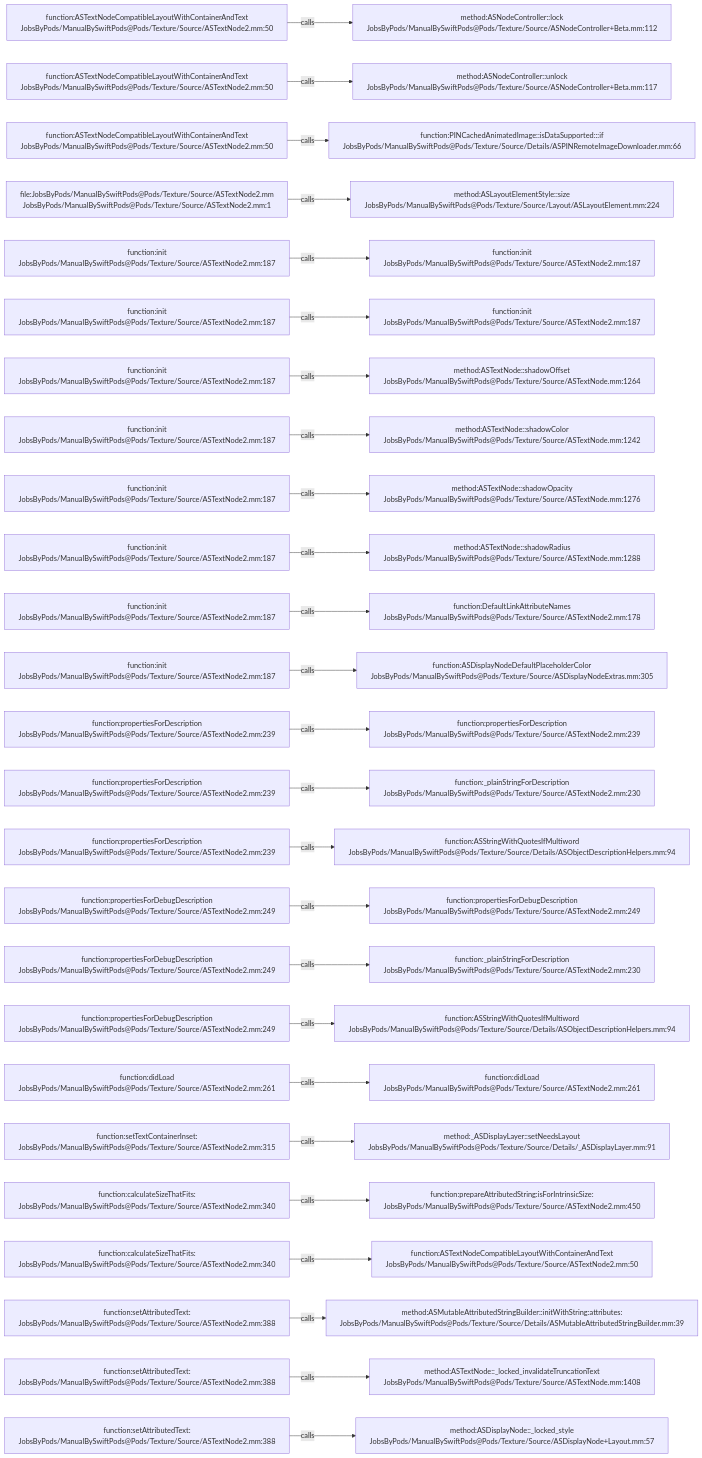
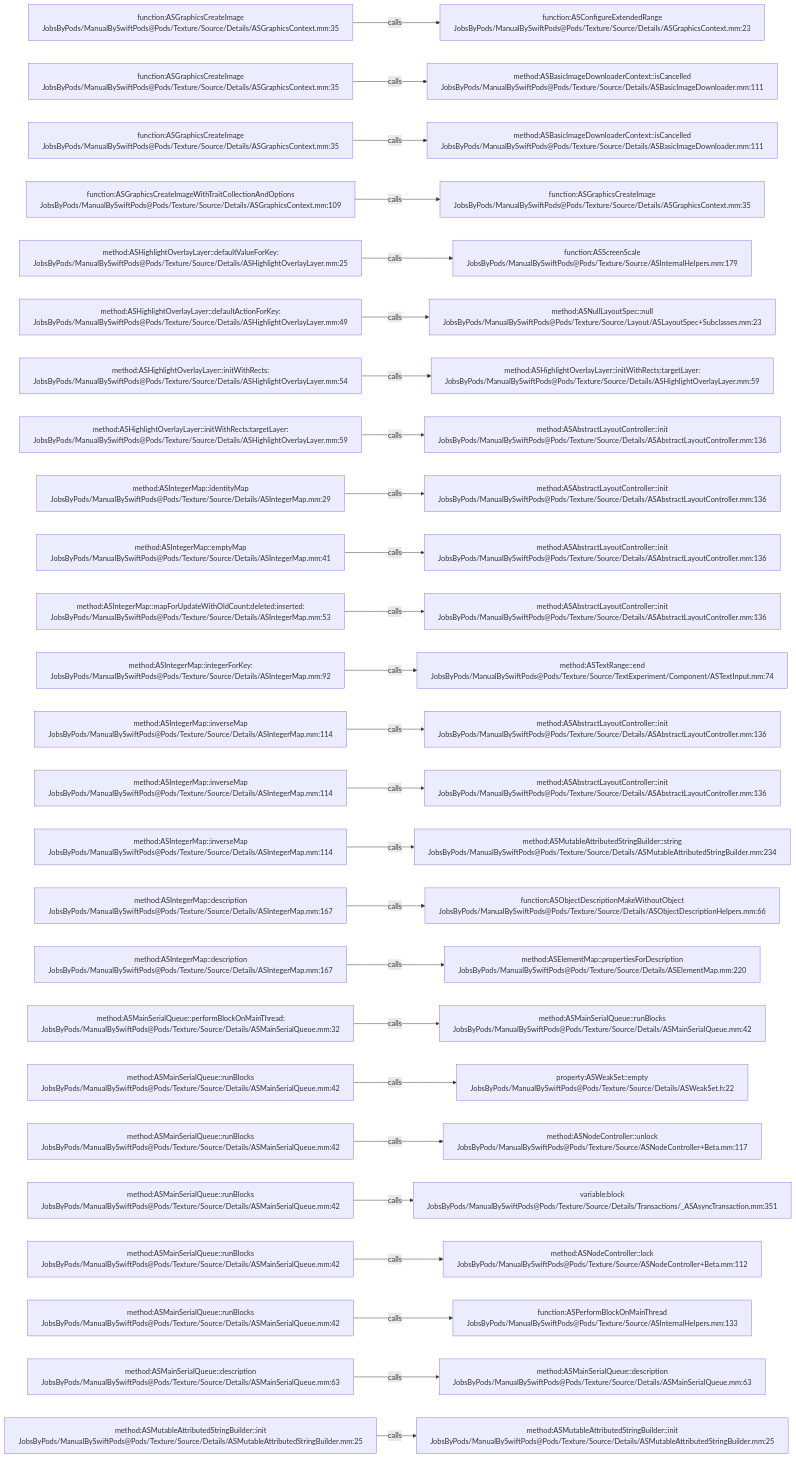
One commit to JobsKits/JobsSwiftBaseConfigDemo changed the diagram in .codegraph/codegraph.md/graphs/calls-089.md. Above: the diagram before and after it, drawn with Mermaid. The commit also changed 832 other files, not shown here.

````diff
--- a/.codegraph/codegraph.md/graphs/calls-089.md
+++ b/.codegraph/codegraph.md/graphs/calls-089.md
@@ -13,78 +13,78 @@
 ```mermaid
 flowchart LR
-  S1["function:ASTextNodeCompatibleLayoutWithContainerAndText<br/>JobsByPods/ManualBySwiftPods@Pods/Texture/Source/ASTextNode2.mm:50"]
-  T1["method:ASNodeController::lock<br/>JobsByPods/ManualBySwiftPods@Pods/Texture/Source/ASNodeController+Beta.mm:112"]
+  S1["function:ASGraphicsCreateImage<br/>JobsByPods/ManualBySwiftPods@Pods/Texture/Source/Details/ASGraphicsContext.mm:35"]
+  T1["function:ASConfigureExtendedRange<br/>JobsByPods/ManualBySwiftPods@Pods/Texture/Source/Details/ASGraphicsContext.mm:23"]
   S1 -->|calls| T1
-  S2["function:ASTextNodeCompatibleLayoutWithContainerAndText<br/>JobsByPods/ManualBySwiftPods@Pods/Texture/Source/ASTextNode2.mm:50"]
-  T2["method:ASNodeController::unlock<br/>JobsByPods/ManualBySwiftPods@Pods/Texture/Source/ASNodeController+Beta.mm:117"]
+  S2["function:ASGraphicsCreateImage<br/>JobsByPods/ManualBySwiftPods@Pods/Texture/Source/Details/ASGraphicsContext.mm:35"]
+  T2["method:ASBasicImageDownloaderContext::isCancelled<br/>JobsByPods/ManualBySwiftPods@Pods/Texture/Source/Details/ASBasicImageDownloader.mm:111"]
   S2 -->|calls| T2
-  S3["function:ASTextNodeCompatibleLayoutWithContainerAndText<br/>JobsByPods/ManualBySwiftPods@Pods/Texture/Source/ASTextNode2.mm:50"]
-  T3["function:PINCachedAnimatedImage::isDataSupported:::if<br/>JobsByPods/ManualBySwiftPods@Pods/Texture/Source/Details/ASPINRemoteImageDownloader.mm:66"]
+  S3["function:ASGraphicsCreateImage<br/>JobsByPods/ManualBySwiftPods@Pods/Texture/Source/Details/ASGraphicsContext.mm:35"]
+  T3["method:ASBasicImageDownloaderContext::isCancelled<br/>JobsByPods/ManualBySwiftPods@Pods/Texture/Source/Details/ASBasicImageDownloader.mm:111"]
   S3 -->|calls| T3
-  S4["file:JobsByPods/ManualBySwiftPods@Pods/Texture/Source/ASTextNode2.mm<br/>JobsByPods/ManualBySwiftPods@Pods/Texture/Source/ASTextNode2.mm:1"]
-  T4["method:ASLayoutElementStyle::size<br/>JobsByPods/ManualBySwiftPods@Pods/Texture/Source/Layout/ASLayoutElement.mm:224"]
+  S4["function:ASGraphicsCreateImageWithTraitCollectionAndOptions<br/>JobsByPods/ManualBySwiftPods@Pods/Texture/Source/Details/ASGraphicsContext.mm:109"]
+  T4["function:ASGraphicsCreateImage<br/>JobsByPods/ManualBySwiftPods@Pods/Texture/Source/Details/ASGraphicsContext.mm:35"]
   S4 -->|calls| T4
-  S5["function:init<br/>JobsByPods/ManualBySwiftPods@Pods/Texture/Source/ASTextNode2.mm:187"]
-  T5["function:init<br/>JobsByPods/ManualBySwiftPods@Pods/Texture/Source/ASTextNode2.mm:187"]
+  S5["method:ASHighlightOverlayLayer::defaultValueForKey:<br/>JobsByPods/ManualBySwiftPods@Pods/Texture/Source/Details/ASHighlightOverlayLayer.mm:25"]
+  T5["function:ASScreenScale<br/>JobsByPods/ManualBySwiftPods@Pods/Texture/Source/ASInternalHelpers.mm:179"]
   S5 -->|calls| T5
-  S6["function:init<br/>JobsByPods/ManualBySwiftPods@Pods/Texture/Source/ASTextNode2.mm:187"]
-  T6["function:init<br/>JobsByPods/ManualBySwiftPods@Pods/Texture/Source/ASTextNode2.mm:187"]
+  S6["method:ASHighlightOverlayLayer::defaultActionForKey:<br/>JobsByPods/ManualBySwiftPods@Pods/Texture/Source/Details/ASHighlightOverlayLayer.mm:49"]
+  T6["method:ASNullLayoutSpec::null<br/>JobsByPods/ManualBySwiftPods@Pods/Texture/Source/Layout/ASLayoutSpec+Subclasses.mm:23"]
   S6 -->|calls| T6
-  S7["function:init<br/>JobsByPods/ManualBySwiftPods@Pods/Texture/Source/ASTextNode2.mm:187"]
-  T7["method:ASTextNode::shadowOffset<br/>JobsByPods/ManualBySwiftPods@Pods/Texture/Source/ASTextNode.mm:1264"]
+  S7["method:ASHighlightOverlayLayer::initWithRects:<br/>JobsByPods/ManualBySwiftPods@Pods/Texture/Source/Details/ASHighlightOverlayLayer.mm:54"]
+  T7["method:ASHighlightOverlayLayer::initWithRects:targetLayer:<br/>JobsByPods/ManualBySwiftPods@Pods/Texture/Source/Details/ASHighlightOverlayLayer.mm:59"]
   S7 -->|calls| T7
-  S8["function:init<br/>JobsByPods/ManualBySwiftPods@Pods/Texture/Source/ASTextNode2.mm:187"]
-  T8["method:ASTextNode::shadowColor<br/>JobsByPods/ManualBySwiftPods@Pods/Texture/Source/ASTextNode.mm:1242"]
+  S8["method:ASHighlightOverlayLayer::initWithRects:targetLayer:<br/>JobsByPods/ManualBySwiftPods@Pods/Texture/Source/Details/ASHighlightOverlayLayer.mm:59"]
+  T8["method:ASAbstractLayoutController::init<br/>JobsByPods/ManualBySwiftPods@Pods/Texture/Source/Details/ASAbstractLayoutController.mm:136"]
   S8 -->|calls| T8
-  S9["function:init<br/>JobsByPods/ManualBySwiftPods@Pods/Texture/Source/ASTextNode2.mm:187"]
-  T9["method:ASTextNode::shadowOpacity<br/>JobsByPods/ManualBySwiftPods@Pods/Texture/Source/ASTextNode.mm:1276"]
+  S9["method:ASIntegerMap::identityMap<br/>JobsByPods/ManualBySwiftPods@Pods/Texture/Source/Details/ASIntegerMap.mm:29"]
+  T9["method:ASAbstractLayoutController::init<br/>JobsByPods/ManualBySwiftPods@Pods/Texture/Source/Details/ASAbstractLayoutController.mm:136"]
   S9 -->|calls| T9
-  S10["function:init<br/>JobsByPods/ManualBySwiftPods@Pods/Texture/Source/ASTextNode2.mm:187"]
-  T10["method:ASTextNode::shadowRadius<br/>JobsByPods/ManualBySwiftPods@Pods/Texture/Source/ASTextNode.mm:1288"]
+  S10["method:ASIntegerMap::emptyMap<br/>JobsByPods/ManualBySwiftPods@Pods/Texture/Source/Details/ASIntegerMap.mm:41"]
+  T10["method:ASAbstractLayoutController::init<br/>JobsByPods/ManualBySwiftPods@Pods/Texture/Source/Details/ASAbstractLayoutController.mm:136"]
   S10 -->|calls| T10
-  S11["function:init<br/>JobsByPods/ManualBySwiftPods@Pods/Texture/Source/ASTextNode2.mm:187"]
-  T11["function:DefaultLinkAttributeNames<br/>JobsByPods/ManualBySwiftPods@Pods/Texture/Source/ASTextNode2.mm:178"]
+  S11["method:ASIntegerMap::mapForUpdateWithOldCount:deleted:inserted:<br/>JobsByPods/ManualBySwiftPods@Pods/Texture/Source/Details/ASIntegerMap.mm:53"]
+  T11["method:ASAbstractLayoutController::init<br/>JobsByPods/ManualBySwiftPods@Pods/Texture/Source/Details/ASAbstractLayoutController.mm:136"]
   S11 -->|calls| T11
-  S12["function:init<br/>JobsByPods/ManualBySwiftPods@Pods/Texture/Source/ASTextNode2.mm:187"]
-  T12["function:ASDisplayNodeDefaultPlaceholderColor<br/>JobsByPods/ManualBySwiftPods@Pods/Texture/Source/ASDisplayNodeExtras.mm:305"]
+  S12["method:ASIntegerMap::integerForKey:<br/>JobsByPods/ManualBySwiftPods@Pods/Texture/Source/Details/ASIntegerMap.mm:92"]
+  T12["method:ASTextRange::end<br/>JobsByPods/ManualBySwiftPods@Pods/Texture/Source/TextExperiment/Component/ASTextInput.mm:74"]
   S12 -->|calls| T12
-  S13["function:propertiesForDescription<br/>JobsByPods/ManualBySwiftPods@Pods/Texture/Source/ASTextNode2.mm:239"]
-  T13["function:propertiesForDescription<br/>JobsByPods/ManualBySwiftPods@Pods/Texture/Source/ASTextNode2.mm:239"]
+  S13["method:ASIntegerMap::inverseMap<br/>JobsByPods/ManualBySwiftPods@Pods/Texture/Source/Details/ASIntegerMap.mm:114"]
+  T13["method:ASAbstractLayoutController::init<br/>JobsByPods/ManualBySwiftPods@Pods/Texture/Source/Details/ASAbstractLayoutController.mm:136"]
   S13 -->|calls| T13
-  S14["function:propertiesForDescription<br/>JobsByPods/ManualBySwiftPods@Pods/Texture/Source/ASTextNode2.mm:239"]
-  T14["function:_plainStringForDescription<br/>JobsByPods/ManualBySwiftPods@Pods/Texture/Source/ASTextNode2.mm:230"]
+  S14["method:ASIntegerMap::inverseMap<br/>JobsByPods/ManualBySwiftPods@Pods/Texture/Source/Details/ASIntegerMap.mm:114"]
+  T14["method:ASAbstractLayoutController::init<br/>JobsByPods/ManualBySwiftPods@Pods/Texture/Source/Details/ASAbstractLayoutController.mm:136"]
   S14 -->|calls| T14
-  S15["function:propertiesForDescription<br/>JobsByPods/ManualBySwiftPods@Pods/Texture/Source/ASTextNode2.mm:239"]
-  T15["function:ASStringWithQuotesIfMultiword<br/>JobsByPods/ManualBySwiftPods@Pods/Texture/Source/Details/ASObjectDescriptionHelpers.mm:94"]
+  S15["method:ASIntegerMap::inverseMap<br/>JobsByPods/ManualBySwiftPods@Pods/Texture/Source/Details/ASIntegerMap.mm:114"]
+  T15["method:ASMutableAttributedStringBuilder::string<br/>JobsByPods/ManualBySwiftPods@Pods/Texture/Source/Details/ASMutableAttributedStringBuilder.mm:234"]
   S15 -->|calls| T15
-  S16["function:propertiesForDebugDescription<br/>JobsByPods/ManualBySwiftPods@Pods/Texture/Source/ASTextNode2.mm:249"]
-  T16["function:propertiesForDebugDescription<br/>JobsByPods/ManualBySwiftPods@Pods/Texture/Source/ASTextNode2.mm:249"]
+  S16["method:ASIntegerMap::description<br/>JobsByPods/ManualBySwiftPods@Pods/Texture/Source/Details/ASIntegerMap.mm:167"]
+  T16["function:ASObjectDescriptionMakeWithoutObject<br/>JobsByPods/ManualBySwiftPods@Pods/Texture/Source/Details/ASObjectDescriptionHelpers.mm:66"]
   S16 -->|calls| T16
-  S17["function:propertiesForDebugDescription<br/>JobsByPods/ManualBySwiftPods@Pods/Texture/Source/ASTextNode2.mm:249"]
-  T17["function:_plainStringForDescription<br/>JobsByPods/ManualBySwiftPods@Pods/Texture/Source/ASTextNode2.mm:230"]
+  S17["method:ASIntegerMap::description<br/>JobsByPods/ManualBySwiftPods@Pods/Texture/Source/Details/ASIntegerMap.mm:167"]
+  T17["method:ASElementMap::propertiesForDescription<br/>JobsByPods/ManualBySwiftPods@Pods/Texture/Source/Details/ASElementMap.mm:220"]
   S17 -->|calls| T17
-  S18["function:propertiesForDebugDescription<br/>JobsByPods/ManualBySwiftPods@Pods/Texture/Source/ASTextNode2.mm:249"]
-  T18["function:ASStringWithQuotesIfMultiword<br/>JobsByPods/ManualBySwiftPods@Pods/Texture/Source/Details/ASObjectDescriptionHelpers.mm:94"]
+  S18["method:ASMainSerialQueue::performBlockOnMainThread:<br/>JobsByPods/ManualBySwiftPods@Pods/Texture/Source/Details/ASMainSerialQueue.mm:32"]
+  T18["method:ASMainSerialQueue::runBlocks<br/>JobsByPods/ManualBySwiftPods@Pods/Texture/Source/Details/ASMainSerialQueue.mm:42"]
   S18 -->|calls| T18
-  S19["function:didLoad<br/>JobsByPods/ManualBySwiftPods@Pods/Texture/Source/ASTextNode2.mm:261"]
-  T19["function:didLoad<br/>JobsByPods/ManualBySwiftPods@Pods/Texture/Source/ASTextNode2.mm:261"]
+  S19["method:ASMainSerialQueue::runBlocks<br/>JobsByPods/ManualBySwiftPods@Pods/Texture/Source/Details/ASMainSerialQueue.mm:42"]
+  T19["property:ASWeakSet::empty<br/>JobsByPods/ManualBySwiftPods@Pods/Texture/Source/Details/ASWeakSet.h:22"]
   S19 -->|calls| T19
-  S20["function:setTextContainerInset:<br/>JobsByPods/ManualBySwiftPods@Pods/Texture/Source/ASTextNode2.mm:315"]
-  T20["method:_ASDisplayLayer::setNeedsLayout<br/>JobsByPods/ManualBySwiftPods@Pods/Texture/Source/Details/_ASDisplayLayer.mm:91"]
+  S20["method:ASMainSerialQueue::runBlocks<br/>JobsByPods/ManualBySwiftPods@Pods/Texture/Source/Details/ASMainSerialQueue.mm:42"]
+  T20["method:ASNodeController::unlock<br/>JobsByPods/ManualBySwiftPods@Pods/Texture/Source/ASNodeController+Beta.mm:117"]
   S20 -->|calls| T20
-  S21["function:calculateSizeThatFits:<br/>JobsByPods/ManualBySwiftPods@Pods/Texture/Source/ASTextNode2.mm:340"]
-  T21["function:prepareAttributedString:isForIntrinsicSize:<br/>JobsByPods/ManualBySwiftPods@Pods/Texture/Source/ASTextNode2.mm:450"]
+  S21["method:ASMainSerialQueue::runBlocks<br/>JobsByPods/ManualBySwiftPods@Pods/Texture/Source/Details/ASMainSerialQueue.mm:42"]
+  T21["variable:block<br/>JobsByPods/ManualBySwiftPods@Pods/Texture/Source/Details/Transactions/_ASAsyncTransaction.mm:351"]
   S21 -->|calls| T21
-  S22["function:calculateSizeThatFits:<br/>JobsByPods/ManualBySwiftPods@Pods/Texture/Source/ASTextNode2.mm:340"]
-  T22["function:ASTextNodeCompatibleLayoutWithContainerAndText<br/>JobsByPods/ManualBySwiftPods@Pods/Texture/Source/ASTextNode2.mm:50"]
+  S22["method:ASMainSerialQueue::runBlocks<br/>JobsByPods/ManualBySwiftPods@Pods/Texture/Source/Details/ASMainSerialQueue.mm:42"]
+  T22["method:ASNodeController::lock<br/>JobsByPods/ManualBySwiftPods@Pods/Texture/Source/ASNodeController+Beta.mm:112"]
   S22 -->|calls| T22
-  S23["function:setAttributedText:<br/>JobsByPods/ManualBySwiftPods@Pods/Texture/Source/ASTextNode2.mm:388"]
-  T23["method:ASMutableAttributedStringBuilder::initWithString:attributes:<br/>JobsByPods/ManualBySwiftPods@Pods/Texture/Source/Details/ASMutableAttributedStringBuilder.mm:39"]
+  S23["method:ASMainSerialQueue::runBlocks<br/>JobsByPods/ManualBySwiftPods@Pods/Texture/Source/Details/ASMainSerialQueue.mm:42"]
+  T23["function:ASPerformBlockOnMainThread<br/>JobsByPods/ManualBySwiftPods@Pods/Texture/Source/ASInternalHelpers.mm:133"]
   S23 -->|calls| T23
-  S24["function:setAttributedText:<br/>JobsByPods/ManualBySwiftPods@Pods/Texture/Source/ASTextNode2.mm:388"]
-  T24["method:ASTextNode::_locked_invalidateTruncationText<br/>JobsByPods/ManualBySwiftPods@Pods/Texture/Source/ASTextNode.mm:1408"]
+  S24["method:ASMainSerialQueue::description<br/>JobsByPods/ManualBySwiftPods@Pods/Texture/Source/Details/ASMainSerialQueue.mm:63"]
+  T24["method:ASMainSerialQueue::description<br/>JobsByPods/ManualBySwiftPods@Pods/Texture/Source/Details/ASMainSerialQueue.mm:63"]
   S24 -->|calls| T24
-  S25["function:setAttributedText:<br/>JobsByPods/ManualBySwiftPods@Pods/Texture/Source/ASTextNode2.mm:388"]
-  T25["method:ASDisplayNode::_locked_style<br/>JobsByPods/ManualBySwiftPods@Pods/Texture/Source/ASDisplayNode+Layout.mm:57"]
+  S25["method:ASMutableAttributedStringBuilder::init<br/>JobsByPods/ManualBySwiftPods@Pods/Texture/Source/Details/ASMutableAttributedStringBuilder.mm:25"]
+  T25["method:ASMutableAttributedStringBuilder::init<br/>JobsByPods/ManualBySwiftPods@Pods/Texture/Source/Details/ASMutableAttributedStringBuilder.mm:25"]
   S25 -->|calls| T25
 ```
````
